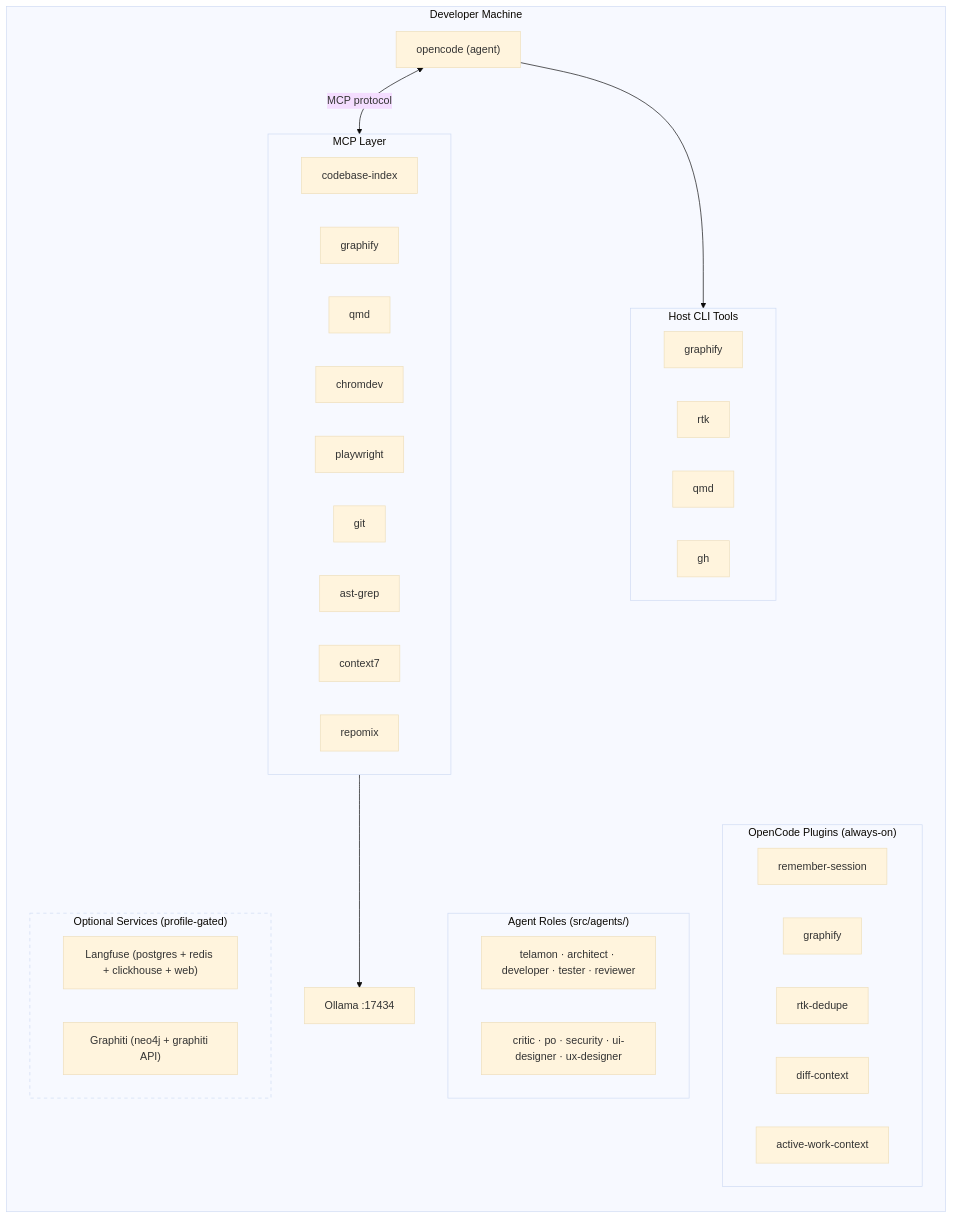
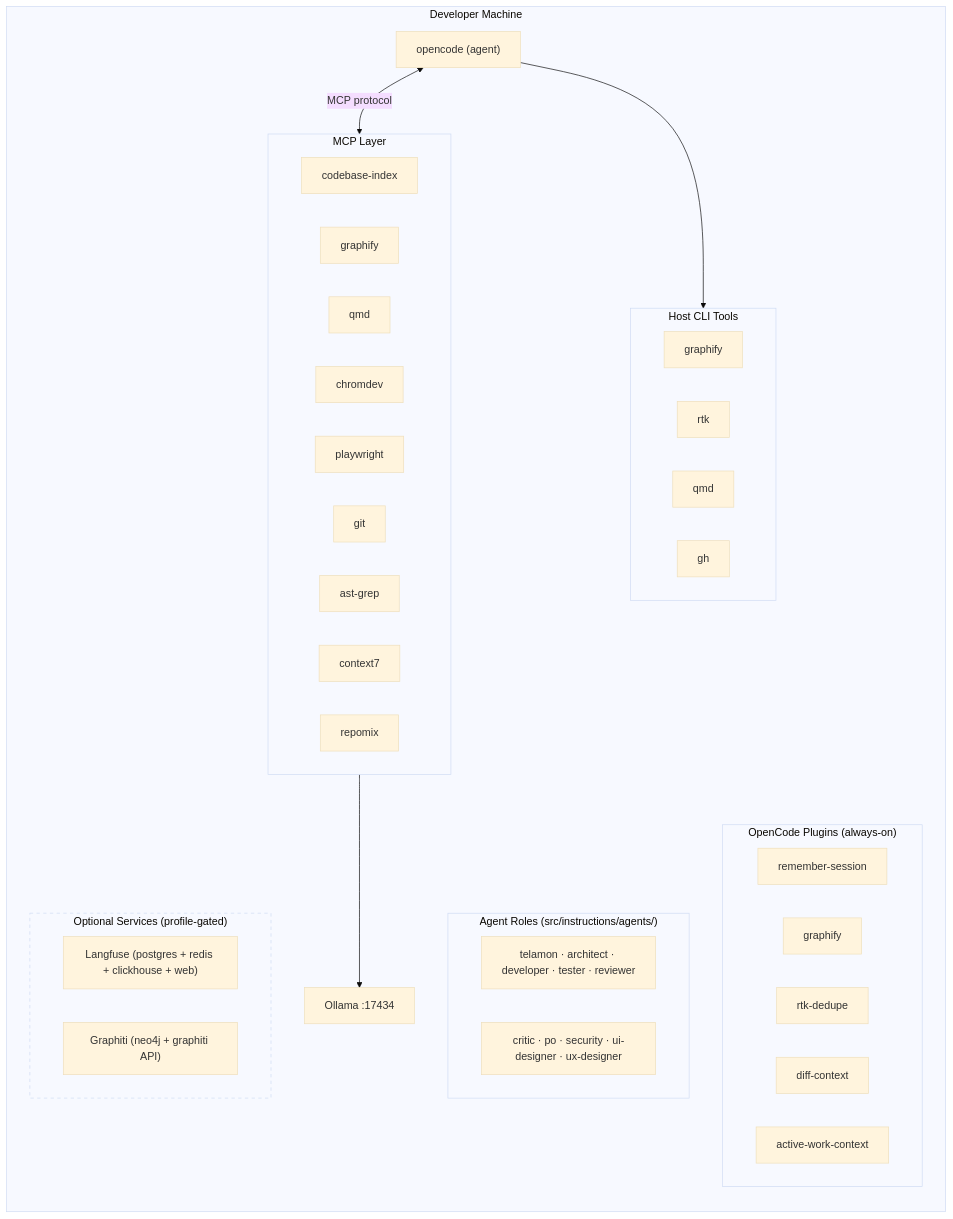
The diagram in docs/architecture.md (hgraca/telamon), drawn with Mermaid (base theme) before and after one commit. The commit also changed 20 other files, not shown here.

````diff
--- a/docs/architecture.md
+++ b/docs/architecture.md
@@ -14,51 +14,51 @@
 ```mermaid
 flowchart TB
     subgraph dev["Developer Machine"]
         direction TB
 
         oc["opencode (agent)"] <-->|"MCP protocol"| mcp
 
         subgraph mcp["MCP Layer"]
             cbi["codebase-index"]
             gf_m["graphify"]
             qmd_m["qmd"]
             cd_m["chromdev"]
             pw_m["playwright"]
             git_m["git"]
             ag_m["ast-grep"]
             c7_m["context7"]
             rm_m["repomix"]
         end
 
         mcp --> ol["Ollama :17434"]
 
         oc --> cli
 
         subgraph cli["Host CLI Tools"]
             cli_g["graphify"]
             cli_r["rtk"]
             cli_q["qmd"]
             cli_gh["gh"]
         end
 
         subgraph plugins["OpenCode Plugins (always-on)"]
             p_sc["remember-session"]
             p_gf["graphify"]
             p_rd["rtk-dedupe"]
             p_dc["diff-context"]
             p_aw["active-work-context"]
         end
 
-        subgraph agents["Agent Roles (src/agents/)"]
+        subgraph agents["Agent Roles (src/instructions/agents/)"]
             a1["telamon · architect · developer · tester · reviewer"]
             a2["critic · po · security · ui-designer · ux-designer"]
         end
 
         subgraph optional["Optional Services (profile-gated)"]
             o_lf["Langfuse (postgres + redis + clickhouse + web)"]
             o_gr["Graphiti (neo4j + graphiti API)"]
         end
     end
 
     style optional stroke-dasharray: 5 5
 ```
````
